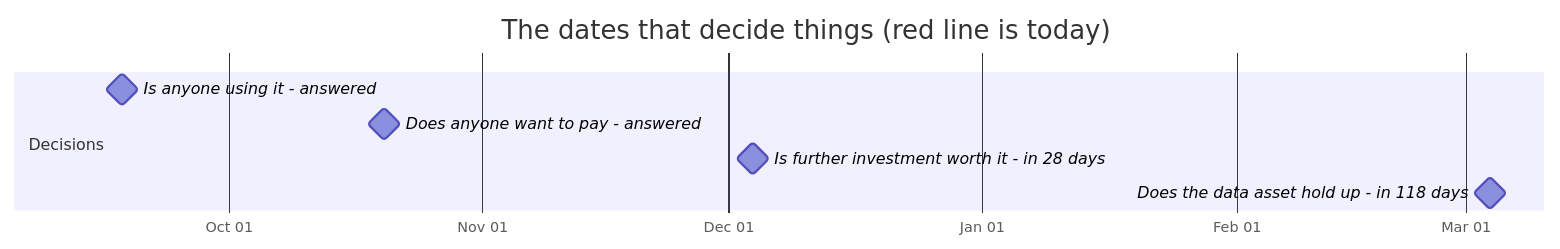
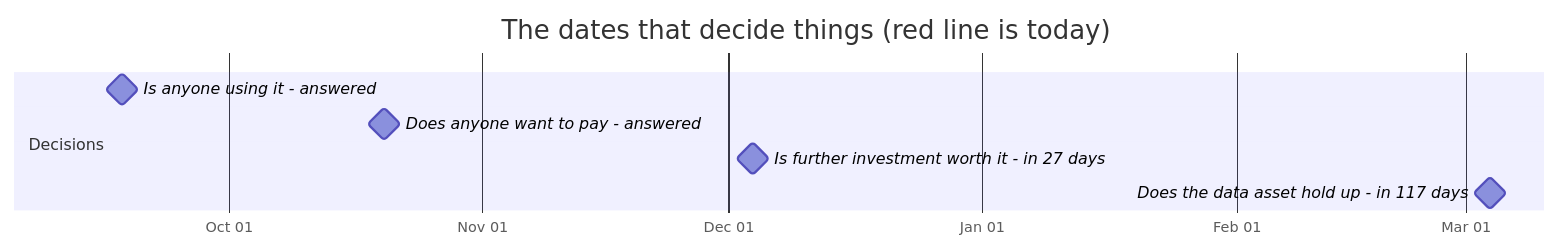
One commit to jakegu1/vetagent changed the first of 2 diagrams in docs/OWNER.md. Above: the diagram before and after it, drawn with Mermaid. The commit also changed other lines of this file and 1 other file, not shown here.

````diff
--- a/docs/OWNER.md
+++ b/docs/OWNER.md
@@ -67,12 +67,12 @@
 ```mermaid
 gantt
     dateFormat YYYY-MM-DD
     axisFormat %b %d
     todayMarker stroke-width:3px,stroke:#d33,stroke-dasharray:0
     title The dates that decide things (red line is today)
     section Decisions
     Is anyone using it - answered :milestone, 2026-09-18, 0d
     Does anyone want to pay - answered :milestone, 2026-10-20, 0d
-    Is further investment worth it - in 28 days :milestone, 2026-12-04, 0d
-    Does the data asset hold up - in 118 days :milestone, 2027-03-04, 0d
+    Is further investment worth it - in 27 days :milestone, 2026-12-04, 0d
+    Does the data asset hold up - in 117 days :milestone, 2027-03-04, 0d
 ```
````
